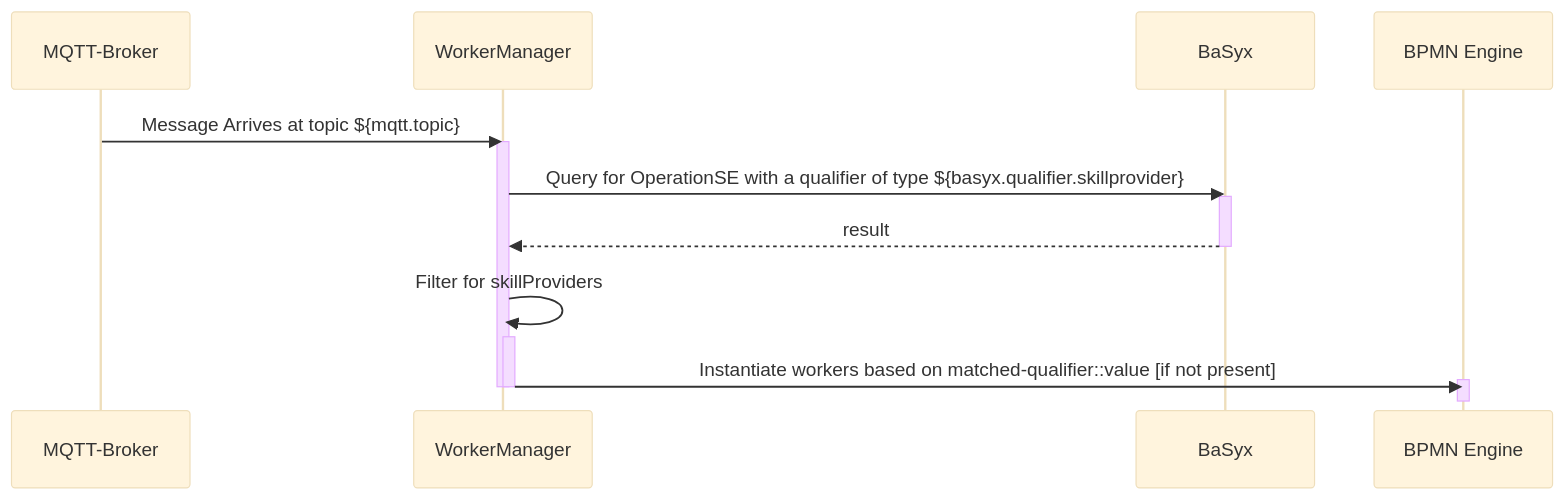
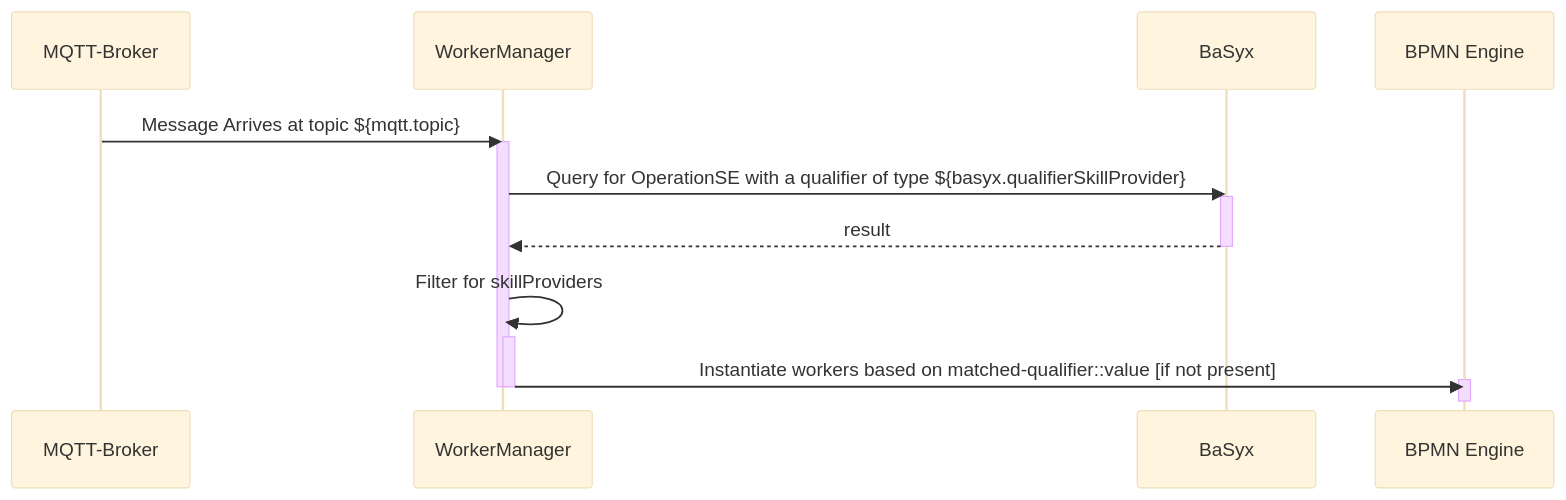
Before and after one commit to VWS4LS/vws4ls-process-service: the diagram in workermanager/README.md, drawn with Mermaid (base theme). The commit also changed other lines of this file and 7 other files, not shown here.

````diff
--- a/workermanager/README.md
+++ b/workermanager/README.md
@@ -8,21 +8,21 @@
 ```mermaid
 sequenceDiagram
     participant MQTT-Broker
     participant WorkerManager
     participant BaSyx
     participant BPMNEngine as BPMN Engine
     
     MQTT-Broker ->> WorkerManager: Message Arrives at topic ${mqtt.topic}
     activate WorkerManager
-    WorkerManager ->> BaSyx: Query for OperationSE with a qualifier of type ${basyx.qualifier.skillprovider}   
+    WorkerManager ->> BaSyx: Query for OperationSE with a qualifier of type ${basyx.qualifierSkillProvider}   
     activate BaSyx
     BaSyx -->> WorkerManager: result
     deactivate BaSyx
     WorkerManager ->> WorkerManager: Filter for skillProviders
     activate WorkerManager
     WorkerManager ->> BPMNEngine: Instantiate workers based on matched-qualifier::value [if not present]
     activate BPMNEngine
     deactivate BPMNEngine
     deactivate WorkerManager 
     deactivate WorkerManager
 ```
````
